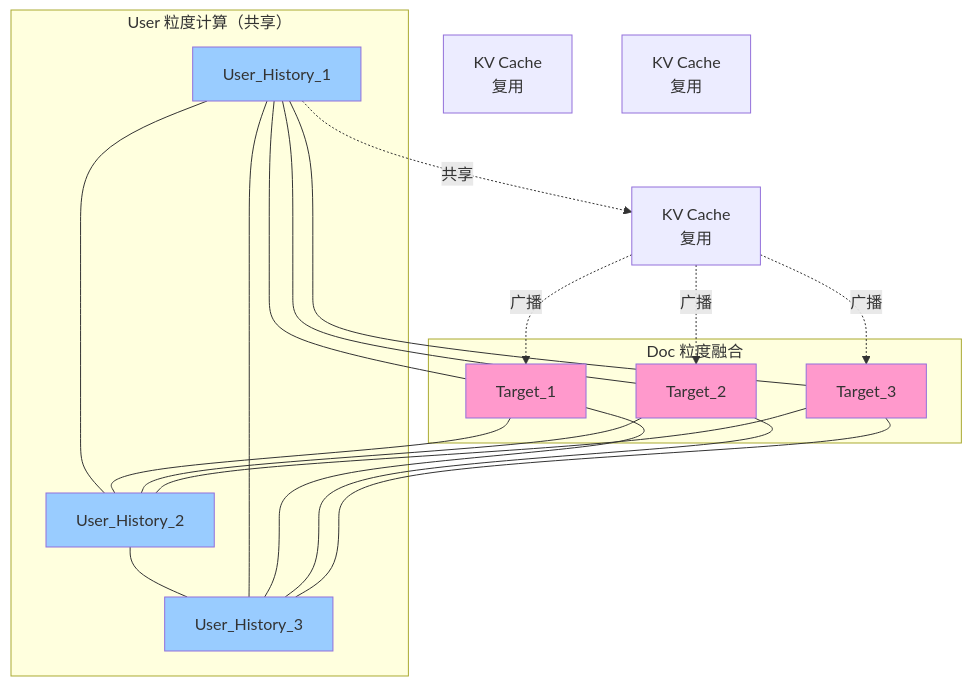
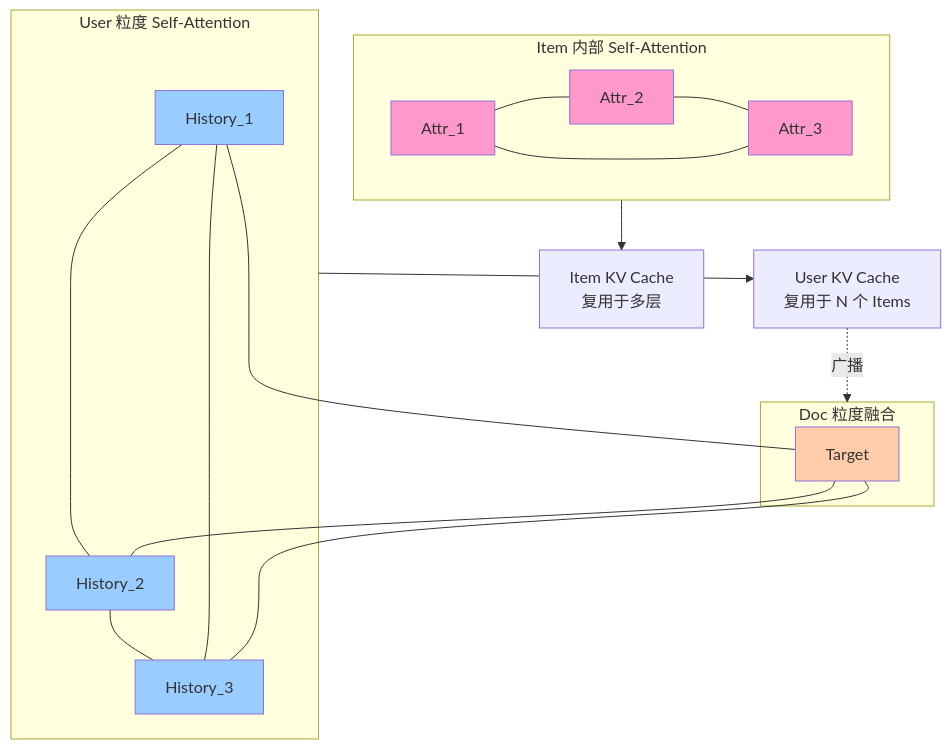
The third of 3 diagrams in kv_cache_optimization.md (konyellin-cyber/longer), drawn with Mermaid before and after one commit. The commit also changed other lines of this file, not shown here.

Commit message:
Add multi-level KV Cache explanation: item internal + user level + doc level fusion

````diff
--- a/kv_cache_optimization.md
+++ b/kv_cache_optimization.md
@@ -160,47 +163,47 @@
 ```mermaid
 graph TB
-    subgraph User["User 粒度计算（共享）"]
-        U1["User_History_1"]
-        U2["User_History_2"]
-        U3["User_History_3"]
+    subgraph Item["Item 内部 Self-Attention"]
+        I1["Attr_1"]
+        I2["Attr_2"]
+        I3["Attr_3"]
+        
+        I1 --- I2
+        I2 --- I3
+        I1 --- I3
+        
+        style I1 fill:#ff99cc
+        style I2 fill:#ff99cc
+        style I3 fill:#ff99cc
+    end
+    
+    subgraph User["User 粒度 Self-Attention"]
+        U1["History_1"]
+        U2["History_2"]
+        U3["History_3"]
         
         U1 --- U2
         U2 --- U3
         U1 --- U3
         
         style U1 fill:#99ccff
         style U2 fill:#99ccff
         style U3 fill:#99ccff
     end
     
     subgraph Doc["Doc 粒度融合"]
-        T1["Target_1"]
-        T2["Target_2"]
-        T3["Target_3"]
+        T1["Target"]
         
         T1 --- U1
         T1 --- U2
         T1 --- U3
         
-        T2 --- U1
-        T2 --- U2
-        T2 --- U3
-        
-        T3 --- U1
-        T3 --- U2
-        T3 --- U3
-        
-        style T1 fill:#ff99cc
-        style T2 fill:#ff99cc
-        style T3 fill:#ff99cc
+        style T1 fill:#ffccaa
     end
     
-    Cache1["KV Cache<br/>复用"]
-    Cache2["KV Cache<br/>复用"]
-    Cache3["KV Cache<br/>复用"]
+    ItemKV["Item KV Cache<br/>复用于多层"]
+    UserKV["User KV Cache<br/>复用于 N 个 Items"]
     
-    U1 -.->|共享| Cache1
-    Cache1 -.->|广播| T1
-    Cache1 -.->|广播| T2
-    Cache1 -.->|广播| T3
+    Item --> ItemKV
+    User --> UserKV
+    UserKV -.->|广播| Doc
 ```
````
